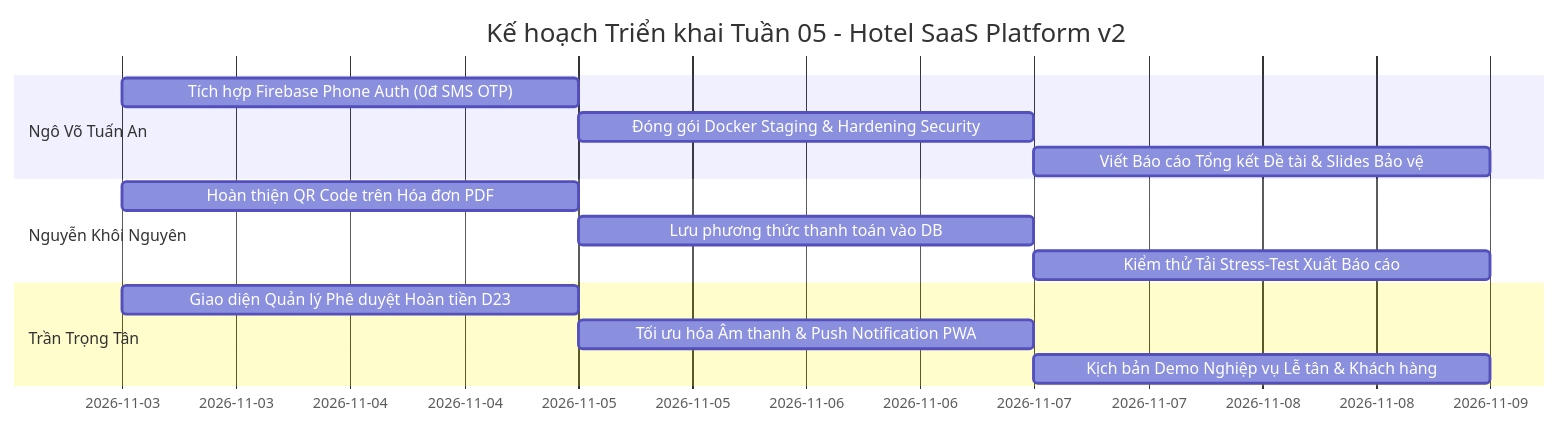
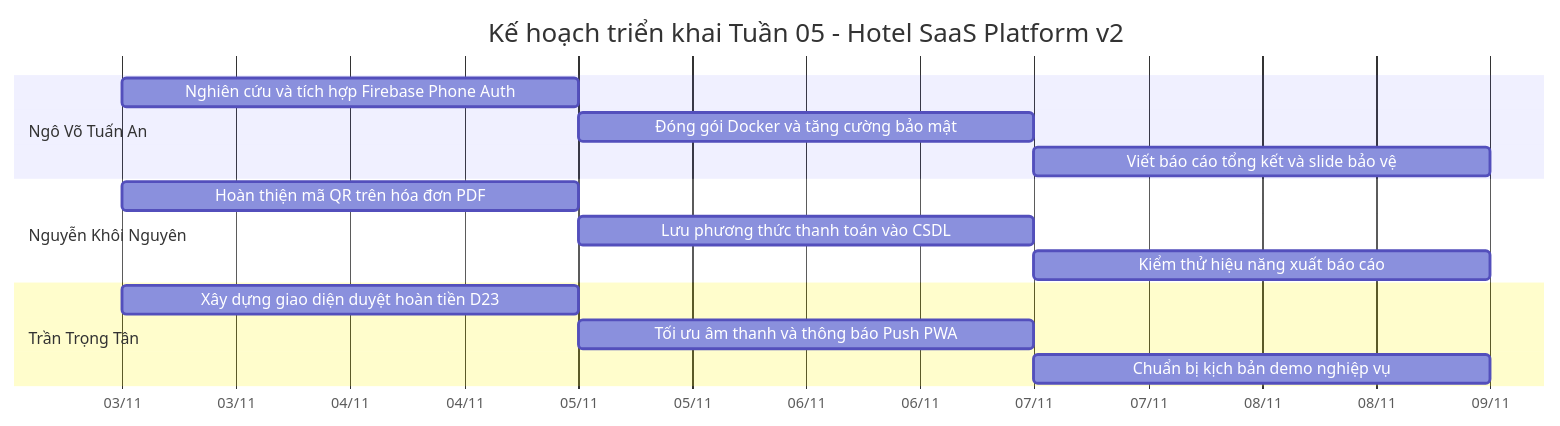
One commit to GinNgo/hotel-saas-v2 changed the diagram in docs/reports/BAO-CAO-NOP-TUAN-4-VA-KHAI-BAO-AI-CHINH-THUC.md. Above: the diagram before and after it, drawn with Mermaid. The commit also changed other lines of this file, not shown here.

Commit message:
Refine report content and task assignments for week 05
Updated various sections for clarity and consistency, including the audit logging system, AI limitations, and task assignments for week 05.

````diff
--- a/docs/reports/BAO-CAO-NOP-TUAN-4-VA-KHAI-BAO-AI-CHINH-THUC.md
+++ b/docs/reports/BAO-CAO-NOP-TUAN-4-VA-KHAI-BAO-AI-CHINH-THUC.md
@@ -180,17 +180,21 @@
 ```mermaid
 gantt
-    title Kế hoạch Triển khai Tuần 05 - Hotel SaaS Platform v2
-    dateFormat  YYYY-MM-DD
+    title Kế hoạch triển khai Tuần 05 - Hotel SaaS Platform v2
+    dateFormat YYYY-MM-DD
+    axisFormat %d/%m
+
     section Ngô Võ Tuấn An
-    Tích hợp Firebase Phone Auth (0đ SMS OTP)   :a1, 2026-11-03, 2d
-    Đóng gói Docker Staging & Hardening Security  :a2, after a1, 2d
-    Viết Báo cáo Tổng kết Đề tài & Slides Bảo vệ:a3, after a2, 2d
+    Nghiên cứu và tích hợp Firebase Phone Auth :a1, 2026-11-03, 2d
+    Đóng gói Docker và tăng cường bảo mật :a2, after a1, 2d
+    Viết báo cáo tổng kết và slide bảo vệ :a3, after a2, 2d
+
     section Nguyễn Khôi Nguyên
-    Hoàn thiện QR Code trên Hóa đơn PDF          :n1, 2026-11-03, 2d
-    Lưu phương thức thanh toán vào DB            :n2, after n1, 2d
-    Kiểm thử Tải Stress-Test Xuất Báo cáo        :n3, after n2, 2d
+    Hoàn thiện mã QR trên hóa đơn PDF :n1, 2026-11-03, 2d
+    Lưu phương thức thanh toán vào CSDL :n2, after n1, 2d
+    Kiểm thử hiệu năng xuất báo cáo :n3, after n2, 2d
+
     section Trần Trọng Tân
-    Giao diện Quản lý Phê duyệt Hoàn tiền D23   :t1, 2026-11-03, 2d
-    Tối ưu hóa Âm thanh & Push Notification PWA  :t2, after t1, 2d
-    Kịch bản Demo Nghiệp vụ Lễ tân & Khách hàng  :t3, after t2, 2d
+    Xây dựng giao diện duyệt hoàn tiền D23 :t1, 2026-11-03, 2d
+    Tối ưu âm thanh và thông báo Push PWA :t2, after t1, 2d
+    Chuẩn bị kịch bản demo nghiệp vụ :t3, after t2, 2d
 ```
````
